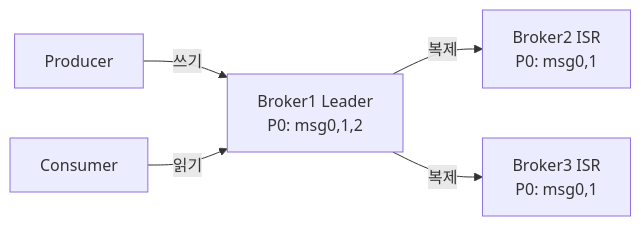
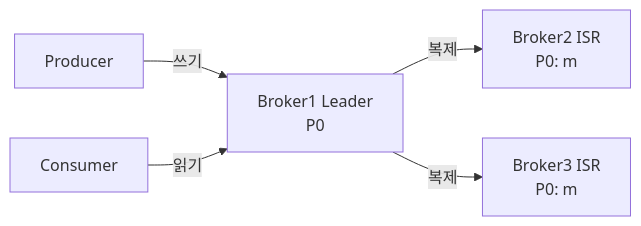
One commit to yjkim2015/yjkim2015.github.io changed the first of 8 diagrams in _posts/kafka/2026-05-01-kafka-replication.md. Above: the diagram before and after it, drawn with Mermaid. The commit also changed other lines of this file and 271 other files, not shown here.

First line of the commit message:
Mermaid 라벨 축소: 긴 노드 텍스트 18자 이하로 트림 + \n 제거

````diff
--- a/_posts/kafka/2026-05-01-kafka-replication.md
+++ b/_posts/kafka/2026-05-01-kafka-replication.md
@@ -24,7 +24,7 @@
 ```mermaid
 graph LR
-    PROD[Producer] -->|쓰기| L["Broker1 Leader\nP0: msg0,1,2"]
-    L -->|복제| F1["Broker2 ISR\nP0: msg0,1"]
-    L -->|복제| F2["Broker3 ISR\nP0: msg0,1"]
+    PROD[Producer] -->|쓰기| L["Broker1 Leader\nP0"]
+    L -->|복제| F1["Broker2 ISR\nP0: m"]
+    L -->|복제| F2["Broker3 ISR\nP0: m"]
     CONS[Consumer] -->|읽기| L
 ```
````
